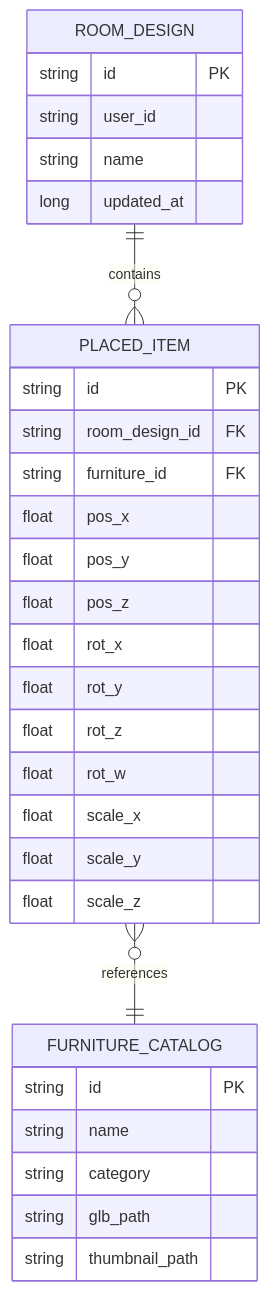
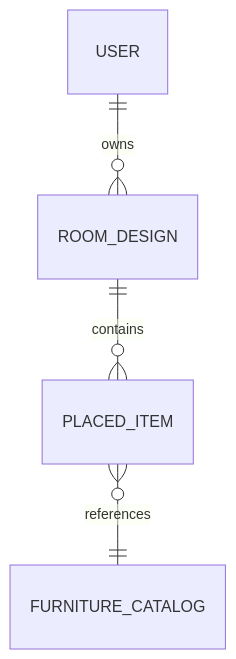
The diagram in docs/DatabaseDesign.md (Vinoth-ai-20/lumiroom), drawn with Mermaid before and after one commit. The commit also changed other lines of this file and 27 other files, not shown here.

Commit message:
docs: add complete IEEE/ISO compliant architecture and UML documentation suite

````diff
--- a/docs/DatabaseDesign.md
+++ b/docs/DatabaseDesign.md
@@ -18,36 +19,6 @@
 ```mermaid
 erDiagram
+    USER ||--o{ ROOM_DESIGN : owns
     ROOM_DESIGN ||--o{ PLACED_ITEM : contains
     PLACED_ITEM }o--|| FURNITURE_CATALOG : references
-    
-    ROOM_DESIGN {
-        string id PK
-        string user_id
-        string name
-        long updated_at
-    }
-    
-    PLACED_ITEM {
-        string id PK
-        string room_design_id FK
-        string furniture_id FK
-        float pos_x
-        float pos_y
-        float pos_z
-        float rot_x
-        float rot_y
-        float rot_z
-        float rot_w
-        float scale_x
-        float scale_y
-        float scale_z
-    }
-    
-    FURNITURE_CATALOG {
-        string id PK
-        string name
-        string category
-        string glb_path
-        string thumbnail_path
-    }
 ```
````
